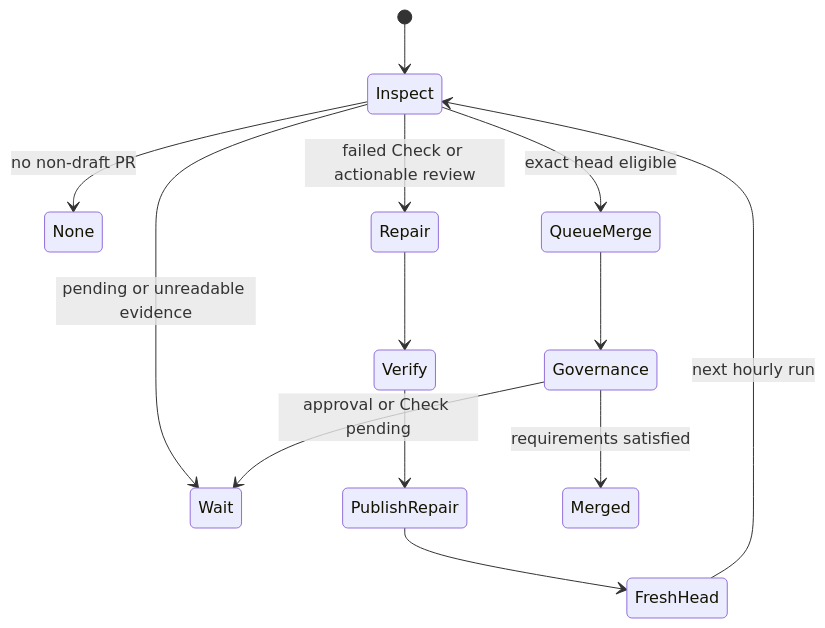
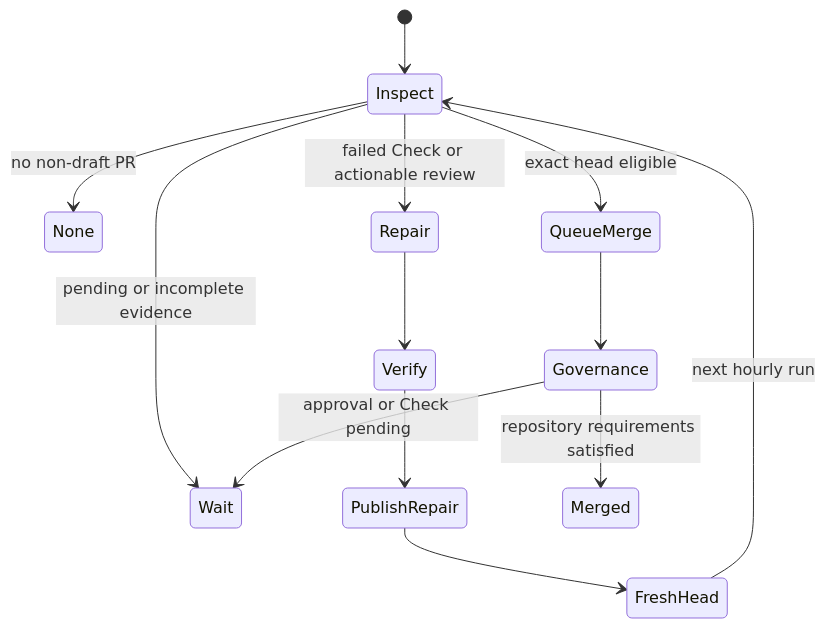
One commit to ContextualWisdomLab/four-pillars changed the diagram in docs/operations/HOURLY_PR_STEWARD.md. Above: the diagram before and after it, drawn with Mermaid. The commit also changed other lines of this file, not shown here.

````diff
--- a/docs/operations/HOURLY_PR_STEWARD.md
+++ b/docs/operations/HOURLY_PR_STEWARD.md
@@ -13,15 +22,15 @@
 ```mermaid
 stateDiagram-v2
     [*] --> Inspect
     Inspect --> None: no non-draft PR
-    Inspect --> Wait: pending or unreadable evidence
+    Inspect --> Wait: pending or incomplete evidence
     Inspect --> Repair: failed Check or actionable review
     Inspect --> QueueMerge: exact head eligible
     Repair --> Verify
     Verify --> PublishRepair
     PublishRepair --> FreshHead
     FreshHead --> Inspect: next hourly run
     QueueMerge --> Governance
-    Governance --> Merged: requirements satisfied
+    Governance --> Merged: repository requirements satisfied
     Governance --> Wait: approval or Check pending
 ```
````
